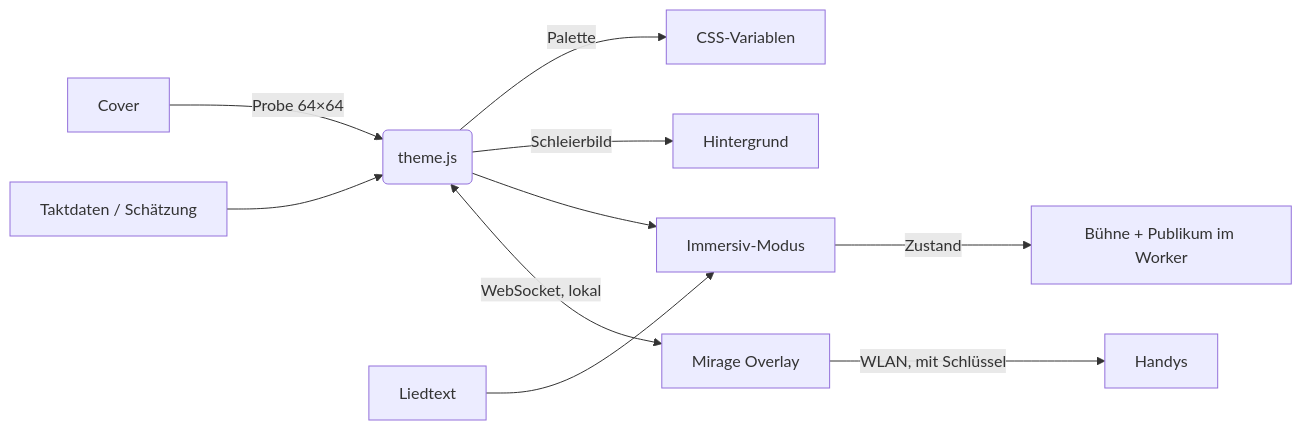
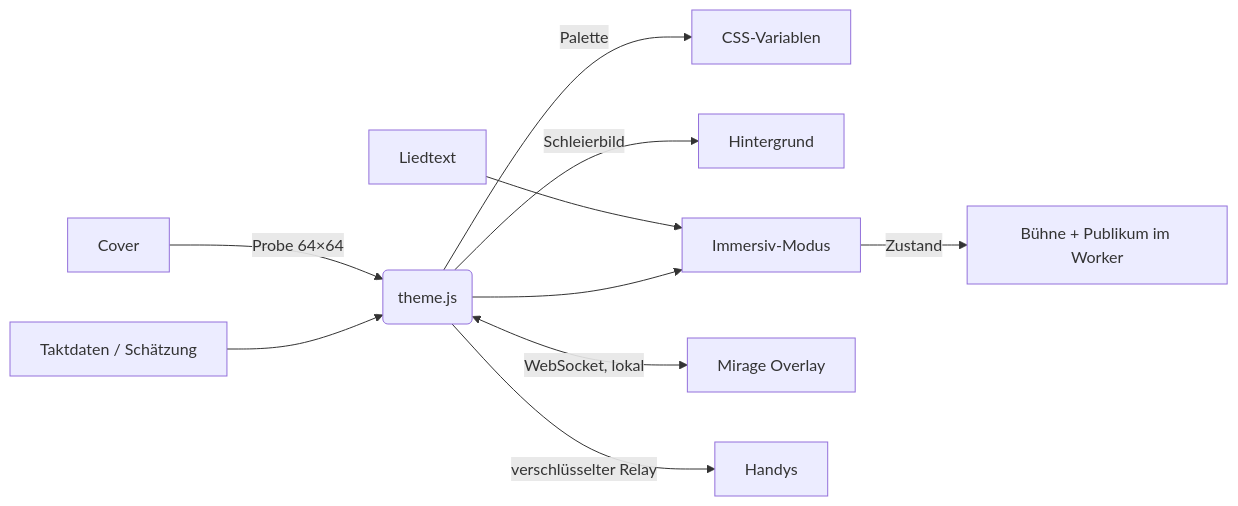
Before and after one commit to Passimoritz/spicetify-mirage: the diagram in README.de.md, drawn with Mermaid. The commit also changed other lines of this file and 14 other files, not shown here.

````diff
--- a/README.de.md
+++ b/README.de.md
@@ -278,12 +278,12 @@
 ```mermaid
 flowchart LR
   A[Cover] -->|Probe 64×64| B(theme.js)
   B -->|Palette| C[CSS-Variablen]
   B -->|Schleierbild| D[Hintergrund]
   E[Taktdaten / Schätzung] --> B
   F[Liedtext] --> G[Immersiv-Modus]
   B --> G
   G -->|Zustand| W[Bühne + Publikum im Worker]
   B <-->|WebSocket, lokal| H[Mirage Overlay]
-  H -->|WLAN, mit Schlüssel| P[Handys]
+  B -->|verschlüsselter Relay| P[Handys]
 ```
````
